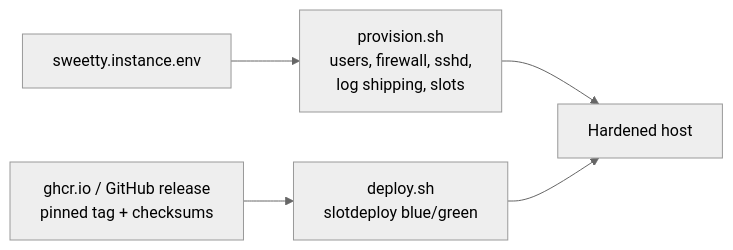
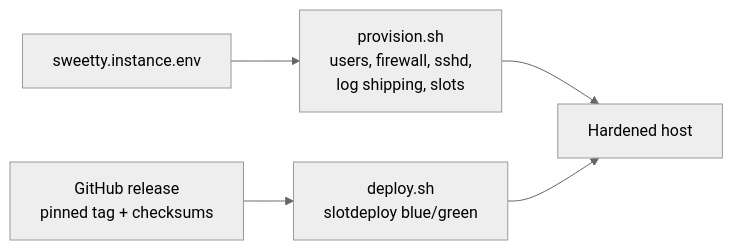
The third of 3 diagrams in ARCHITECTURE.md (adrianmcphee/sweetty-instance-template), drawn with Mermaid (neutral theme) before and after one commit. The commit also changed other lines of this file and 3 other files, not shown here.

First line of the commit message:
docs: README architecture diagram, simpler AGENTS runbook, obvious firewall

````diff
--- a/ARCHITECTURE.md
+++ b/ARCHITECTURE.md
@@ -50,7 +50,7 @@
 ```mermaid
 flowchart LR
     ENV["sweetty.instance.env"] --> PROV["provision.sh<br/>users, firewall, sshd,<br/>log shipping, slots"]
-    REL["ghcr.io / GitHub release<br/>pinned tag + checksums"] --> DEP["deploy.sh<br/>slotdeploy blue/green"]
+    REL["GitHub release<br/>pinned tag + checksums"] --> DEP["deploy.sh<br/>slotdeploy blue/green"]
     PROV --> HOST["Hardened host"]
     DEP --> HOST
 ```
````
